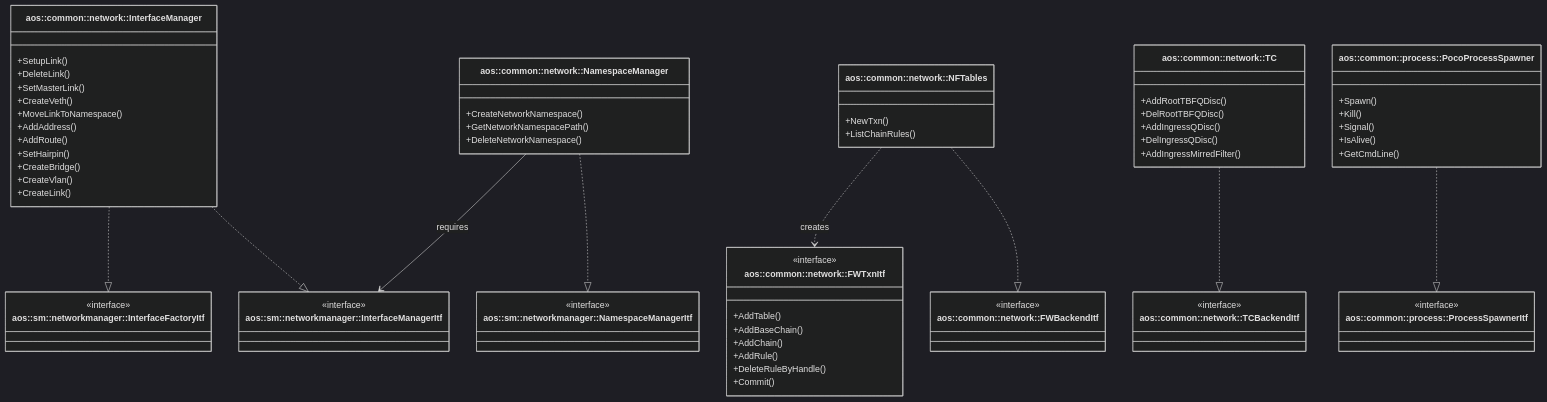
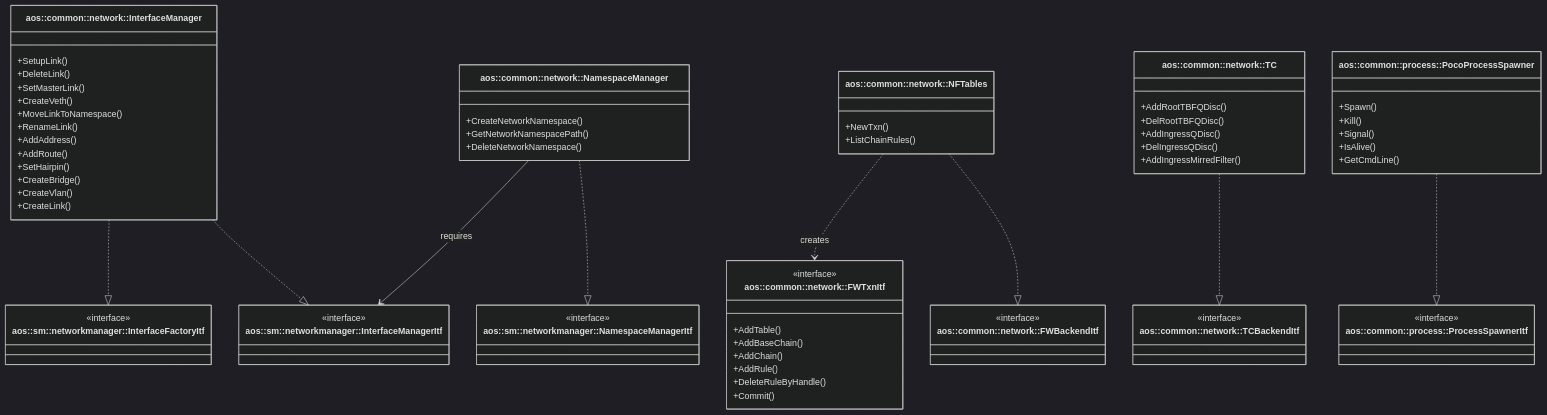
Before and after one commit to aosedge/aos_core_cpp: the first of 2 diagrams in src/common/network/network.md, drawn with Mermaid (dark theme). The commit also changed other lines of this file and 2 other files, not shown here.

First line of the commit message:
common: network: add netns-aware SetupLink and RenameLink

```diff
--- a/src/common/network/network.md
+++ b/src/common/network/network.md
@@ -35,6 +35,7 @@
         +SetMasterLink()
         +CreateVeth()
         +MoveLinkToNamespace()
+        +RenameLink()
         +AddAddress()
         +AddRoute()
         +SetHairpin()
```
